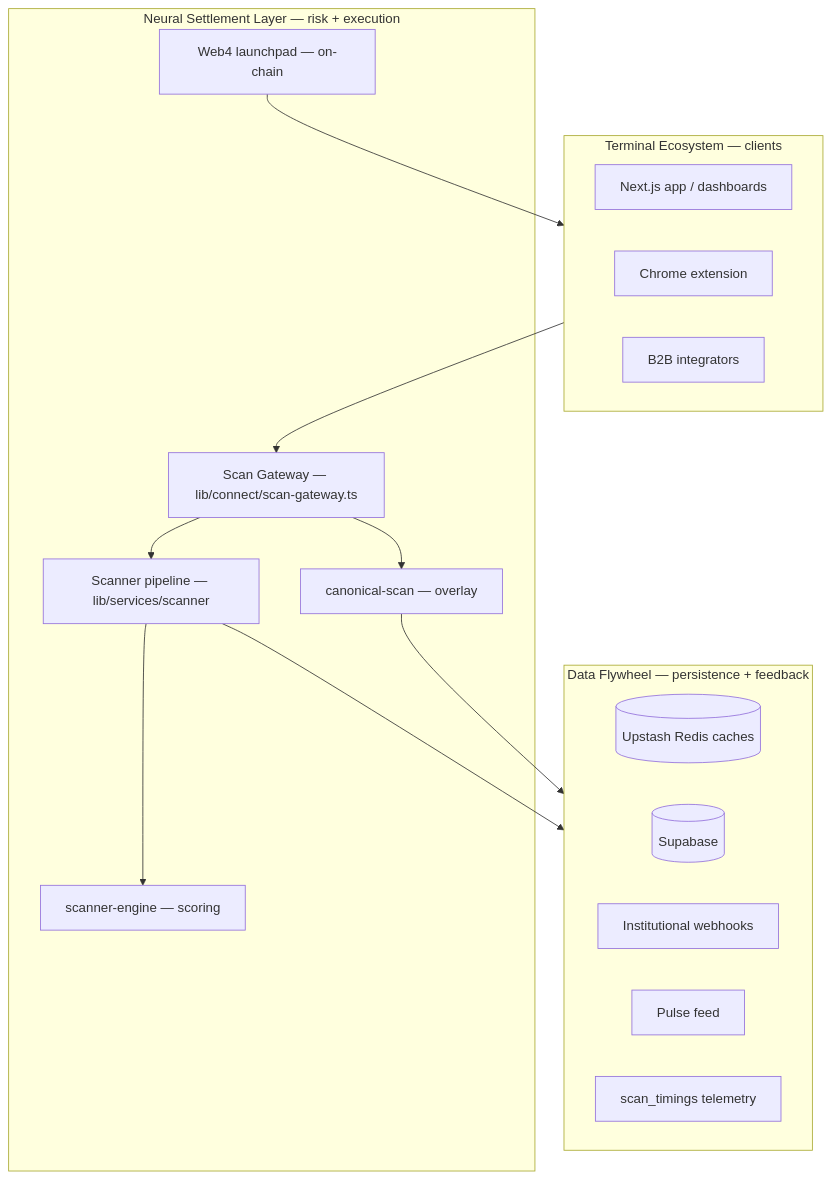
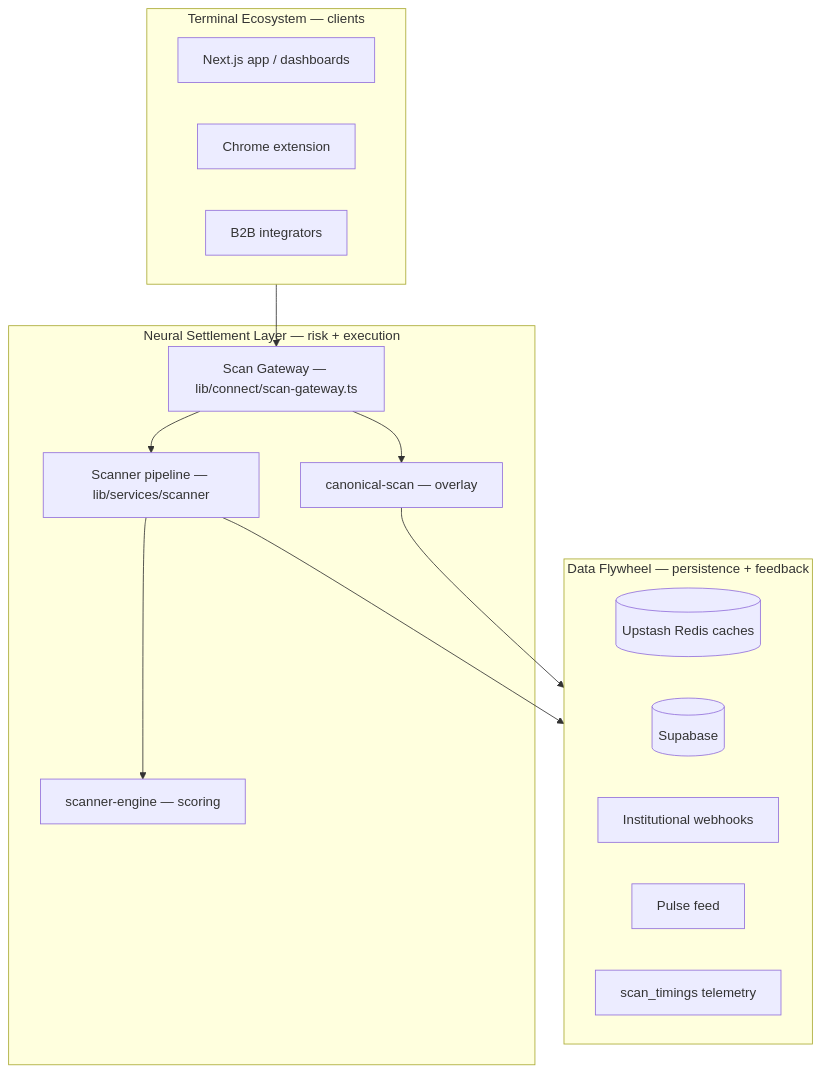
One commit to ELkhomssi/cryptocheck-ai-v3 changed the first of 3 diagrams in docs/architecture.md. Above: the diagram before and after it, drawn with Mermaid. The commit also changed other lines of this file and 375 other files, not shown here.

````diff
--- a/docs/architecture.md
+++ b/docs/architecture.md
@@ -17,32 +17,30 @@
 ```mermaid
 flowchart TB
   subgraph terminal [Terminal Ecosystem — clients]
     Web[Next.js app / dashboards]
     Ext[Chrome extension]
     Partners[B2B integrators]
   end
 
   subgraph neural [Neural Settlement Layer — risk + execution]
     Gateway[Scan Gateway — lib/connect/scan-gateway.ts]
     Scanner[Scanner pipeline — lib/services/scanner]
     Engine[scanner-engine — scoring]
     Sentinel[canonical-scan — overlay]
-    Web4[Web4 launchpad — on-chain]
   end
 
   subgraph flywheel [Data Flywheel — persistence + feedback]
     Redis[(Upstash Redis caches)]
     SB[(Supabase)]
     WH[Institutional webhooks]
     Pulse[Pulse feed]
     Timing[scan_timings telemetry]
   end
 
   terminal --> Gateway
   Gateway --> Scanner
   Scanner --> Engine
   Gateway --> Sentinel
   Scanner --> flywheel
   Sentinel --> flywheel
-  Web4 --> terminal
 ```
````
